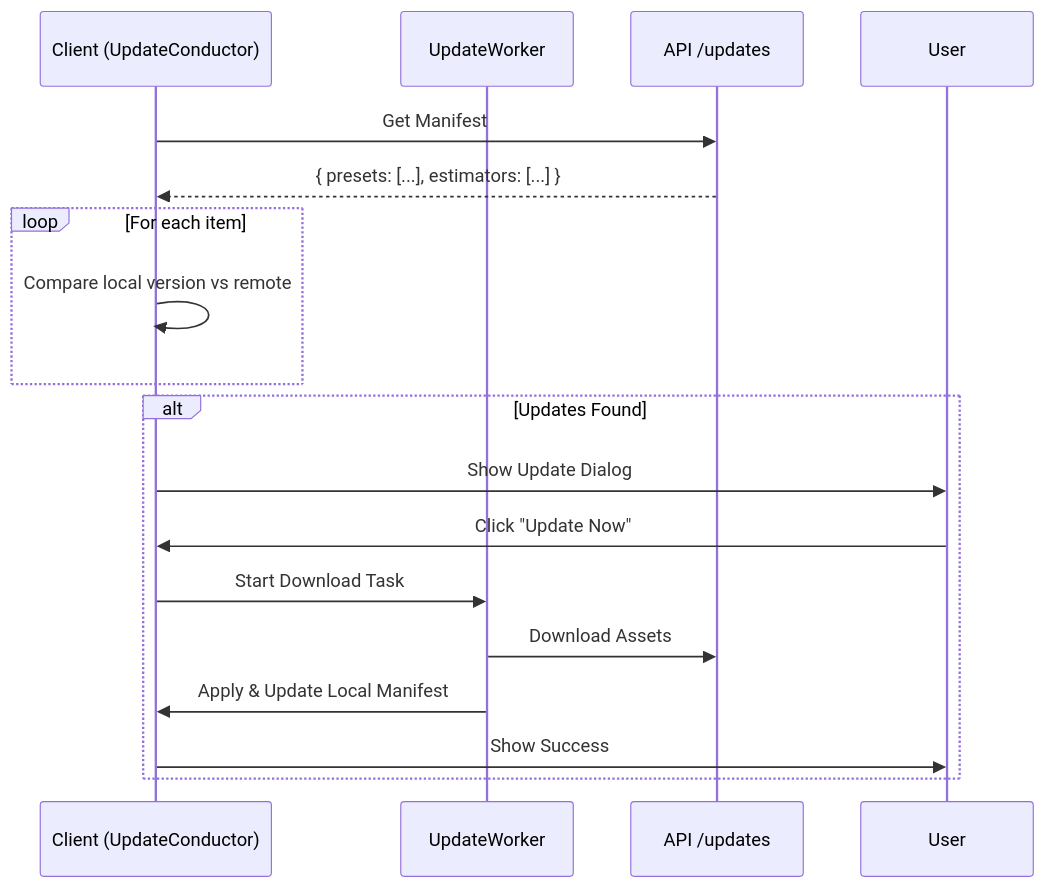
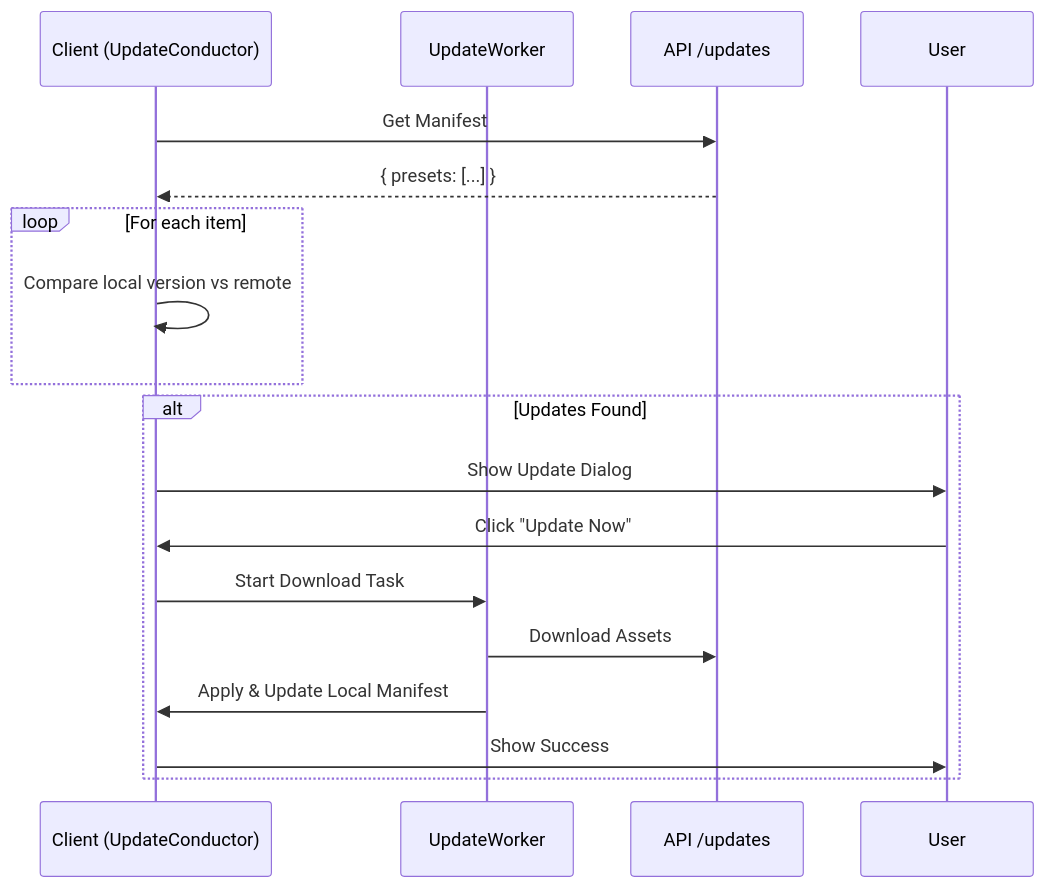
Before and after one commit to voy-tech-voy/wexporting-app: the second of 2 diagrams in docs/VERSION_GATEWAY_ARCHITECTURE.md, drawn with Mermaid. The commit also changed other lines of this file and 179 other files, not shown here.

````diff
--- a/docs/VERSION_GATEWAY_ARCHITECTURE.md
+++ b/docs/VERSION_GATEWAY_ARCHITECTURE.md
@@ -59,22 +59,22 @@
 ```mermaid
 sequenceDiagram
     participant App as Client (UpdateConductor)
     participant Worker as UpdateWorker
     participant Server as API /updates
     
     App->>Server: Get Manifest
-    Server-->>App: { presets: [...], estimators: [...] }
+    Server-->>App: { presets: [...] }
     
     loop For each item
         App->>App: Compare local version vs remote
     end
     
     alt Updates Found
         App->>User: Show Update Dialog
         User->>App: Click "Update Now"
         App->>Worker: Start Download Task
         Worker->>Server: Download Assets
         Worker->>App: Apply & Update Local Manifest
         App->>User: Show Success
     end
 ```
````
